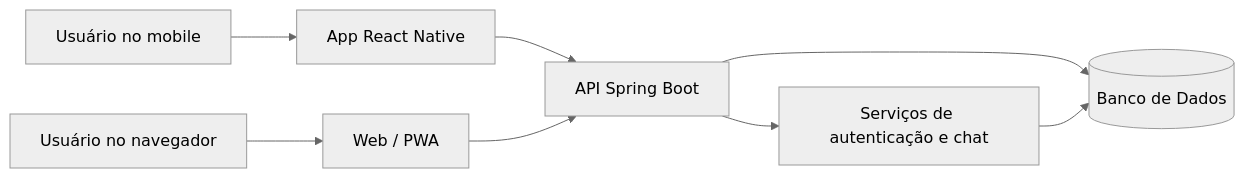
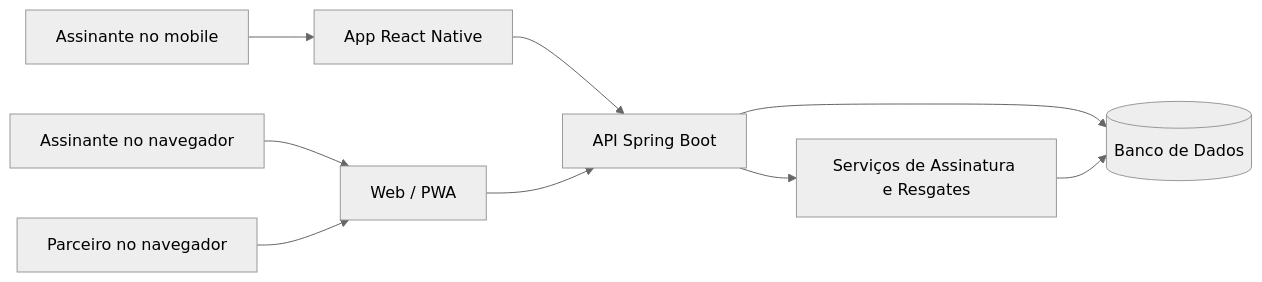
Before and after one commit to VicenzoMarramarco/ConstrucaoDeSoftware: the first of 3 diagrams in docs/architecture.md, drawn with Mermaid (neutral theme). The commit also changed other lines of this file and 4 other files, not shown here.

````diff
--- a/docs/architecture.md
+++ b/docs/architecture.md
@@ -39,10 +42,11 @@
 ```mermaid
 flowchart LR
-    U1[Usuário no mobile] --> A1[App React Native]
-    U2[Usuário no navegador] --> A2[Web / PWA]
+    U1[Assinante no mobile] --> A1[App React Native]
+    U2[Assinante no navegador] --> A2[Web / PWA]
+    U3[Parceiro no navegador] --> A2
     A1 --> B[API Spring Boot]
     A2 --> B
     B --> D[(Banco de Dados)]
-    B --> S[Serviços de autenticação e chat]
+    B --> S[Serviços de Assinatura e Resgates]
     S --> D
 ```
````
